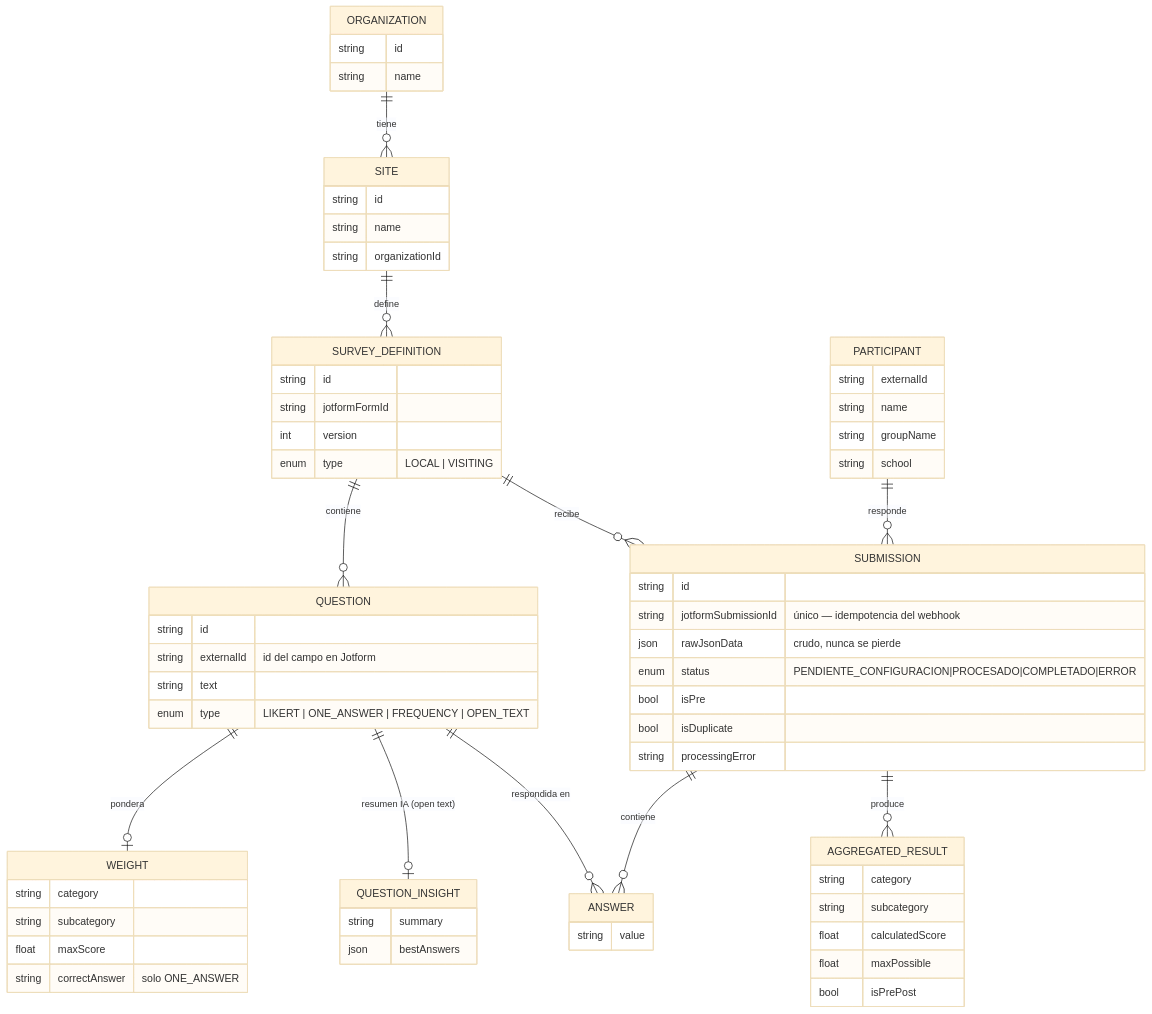
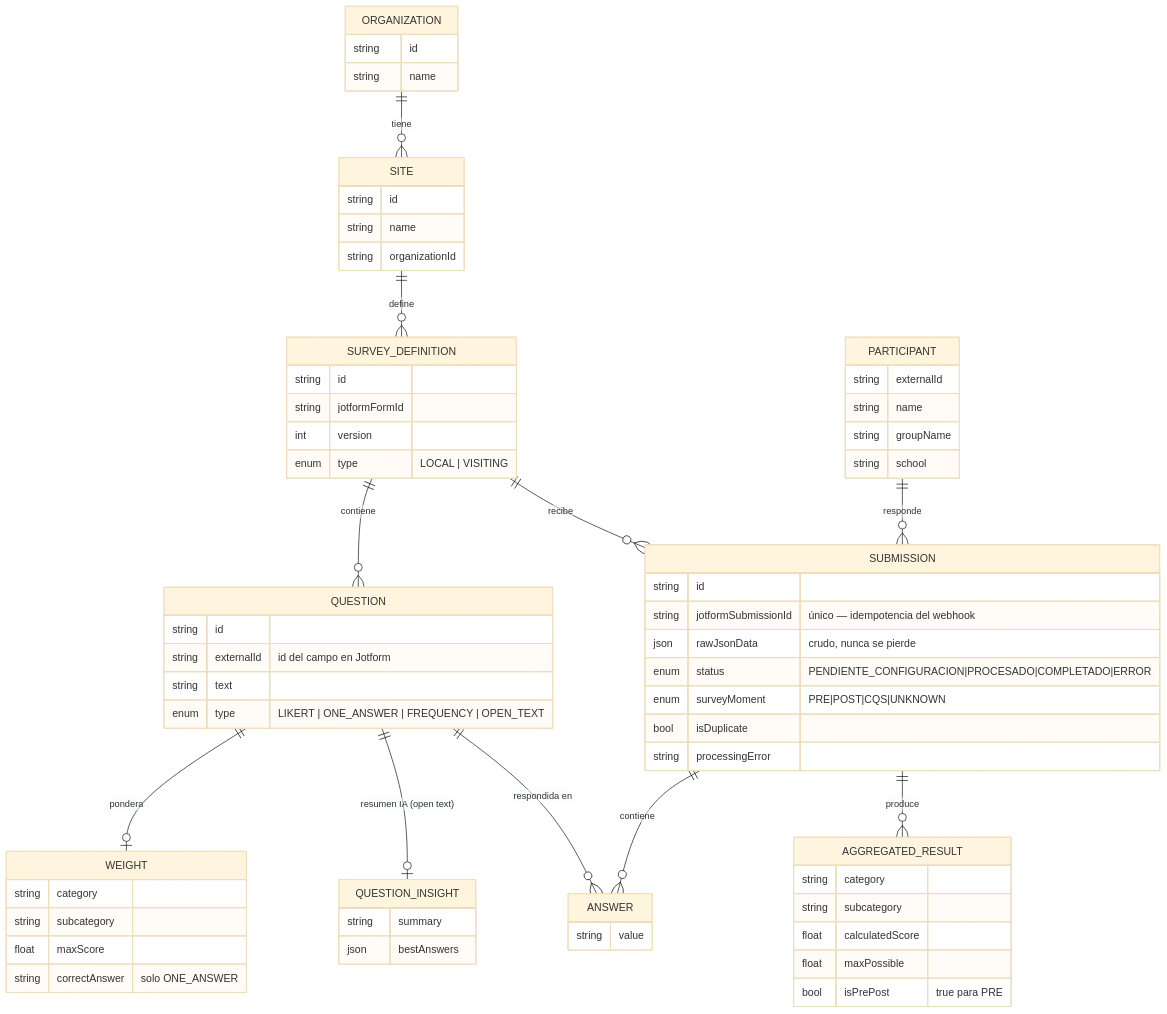
Before and after one commit to Gustav0AB/epi-web: the second of 8 diagrams in docs/evaluaciones-flujo.md, drawn with Mermaid (base theme). The commit also changed other lines of this file and 9 other files, not shown here.

````diff
--- a/docs/evaluaciones-flujo.md
+++ b/docs/evaluaciones-flujo.md
@@ -53,70 +57,70 @@
 ```mermaid
 erDiagram
     ORGANIZATION ||--o{ SITE : tiene
     SITE ||--o{ SURVEY_DEFINITION : define
     SURVEY_DEFINITION ||--o{ QUESTION : contiene
     QUESTION ||--o| WEIGHT : pondera
     QUESTION ||--o| QUESTION_INSIGHT : "resumen IA (open text)"
     SURVEY_DEFINITION ||--o{ SUBMISSION : recibe
     PARTICIPANT ||--o{ SUBMISSION : responde
     SUBMISSION ||--o{ ANSWER : contiene
     QUESTION ||--o{ ANSWER : "respondida en"
     SUBMISSION ||--o{ AGGREGATED_RESULT : produce
 
     ORGANIZATION {
         string id
         string name
     }
     SITE {
         string id
         string name
         string organizationId
     }
     SURVEY_DEFINITION {
         string id
         string jotformFormId
         int version
         enum type "LOCAL | VISITING"
     }
     QUESTION {
         string id
         string externalId "id del campo en Jotform"
         string text
         enum type "LIKERT | ONE_ANSWER | FREQUENCY | OPEN_TEXT"
     }
     WEIGHT {
         string category
         string subcategory
         float maxScore
         string correctAnswer "solo ONE_ANSWER"
     }
     SUBMISSION {
         string id
         string jotformSubmissionId "único — idempotencia del webhook"
         json rawJsonData "crudo, nunca se pierde"
         enum status "PENDIENTE_CONFIGURACION|PROCESADO|COMPLETADO|ERROR"
-        bool isPre
+        enum surveyMoment "PRE|POST|CQS|UNKNOWN"
         bool isDuplicate
         string processingError
     }
     PARTICIPANT {
         string externalId
         string name
         string groupName
         string school
     }
     ANSWER {
         string value
     }
     AGGREGATED_RESULT {
         string category
         string subcategory
         float calculatedScore
         float maxPossible
-        bool isPrePost
+        bool isPrePost "true para PRE"
     }
     QUESTION_INSIGHT {
         string summary
         json bestAnswers
     }
 ```
````
